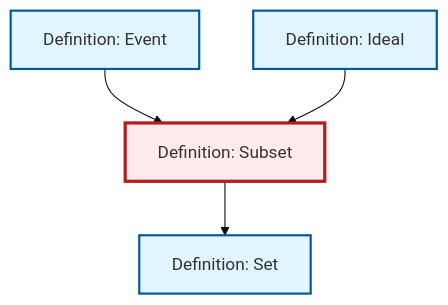
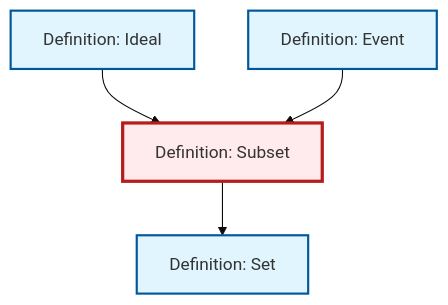
One commit to RK0429/ModernMath changed the diagram in output/mermaid/def-subset.mermaid. Above: the diagram before and after it, drawn with Mermaid (base theme). The commit also changed other lines of this file and 531 other files, not shown here.

```diff
--- a/output/mermaid/def-subset.mermaid
+++ b/output/mermaid/def-subset.mermaid
@@ -1,15 +1,15 @@
 %%| fig-cap: "Local dependency graph"
 graph TD
     classDef definition fill:#e1f5fe,stroke:#01579b,stroke-width:2px
     classDef theorem fill:#f3e5f5,stroke:#4a148c,stroke-width:2px
     classDef axiom fill:#fff3e0,stroke:#e65100,stroke-width:2px
     classDef example fill:#e8f5e9,stroke:#1b5e20,stroke-width:2px
     classDef current fill:#ffebee,stroke:#b71c1c,stroke-width:3px
+    def-ideal["Definition: Ideal"]:::definition
     def-set["Definition: Set"]:::definition
     def-event["Definition: Event"]:::definition
     def-subset["Definition: Subset"]:::definition
-    def-ideal["Definition: Ideal"]:::definition
+    def-subset --> def-set
+    def-ideal --> def-subset
     def-event --> def-subset
-    def-ideal --> def-subset
-    def-subset --> def-set
     class def-subset current
```
